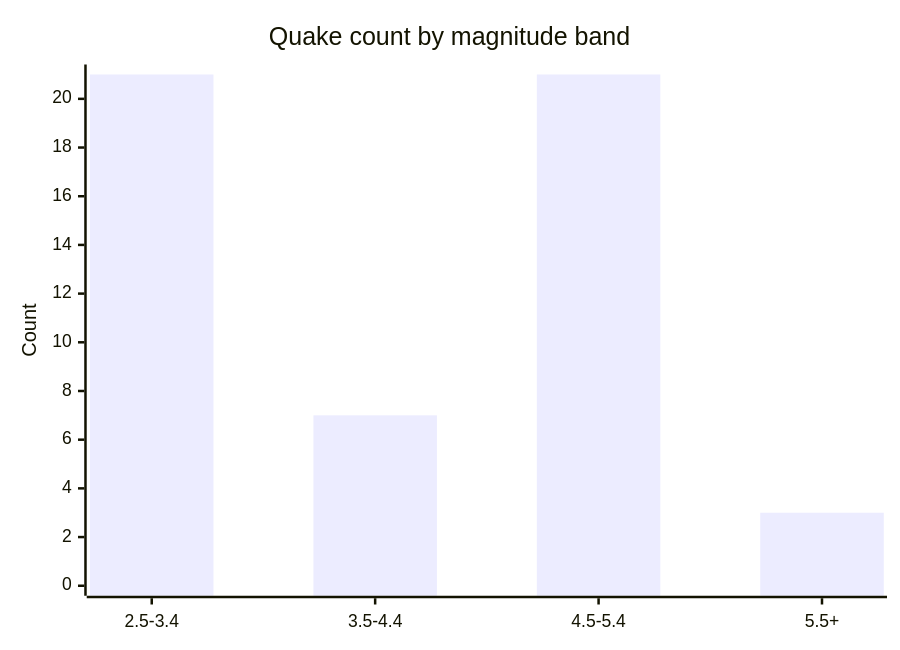
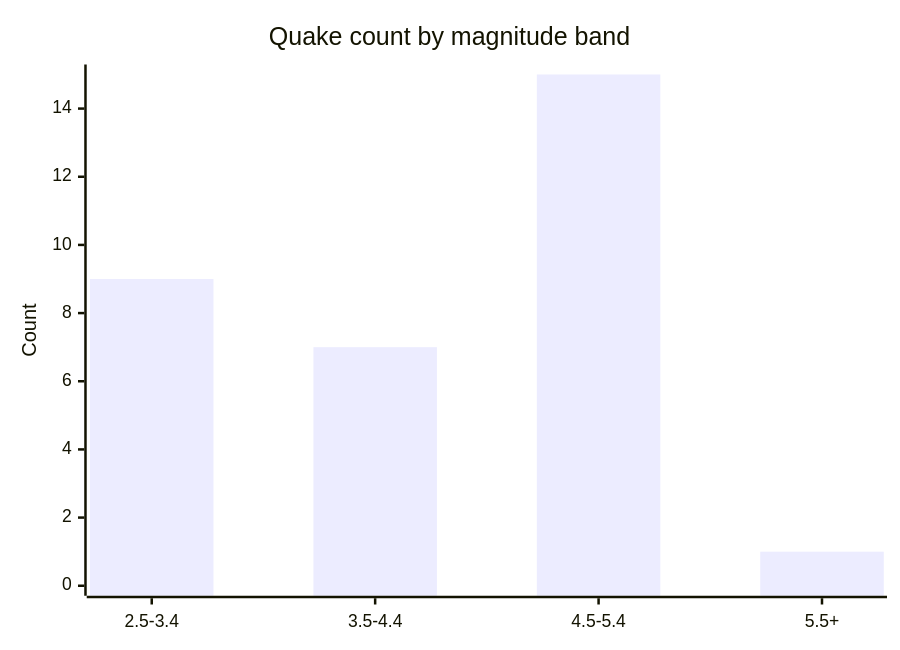
Before and after one commit to Midwest-Stratospheric/aerostratospheric-defense-gir: the fifth of 6 diagrams in docs/GRAPHS.md, drawn with Mermaid. The commit also changed other lines of this file and 25 other files, not shown here.

````diff
--- a/docs/GRAPHS.md
+++ b/docs/GRAPHS.md
@@ -82,7 +82,7 @@
 ```mermaid
 xychart-beta
   title "Quake count by magnitude band"
   x-axis ["2.5-3.4", "3.5-4.4", "4.5-5.4", "5.5+"]
-  y-axis "Count" 0 --> 21
-  bar [21, 7, 21, 3]
+  y-axis "Count" 0 --> 15
+  bar [9, 7, 15, 1]
 ```
````
